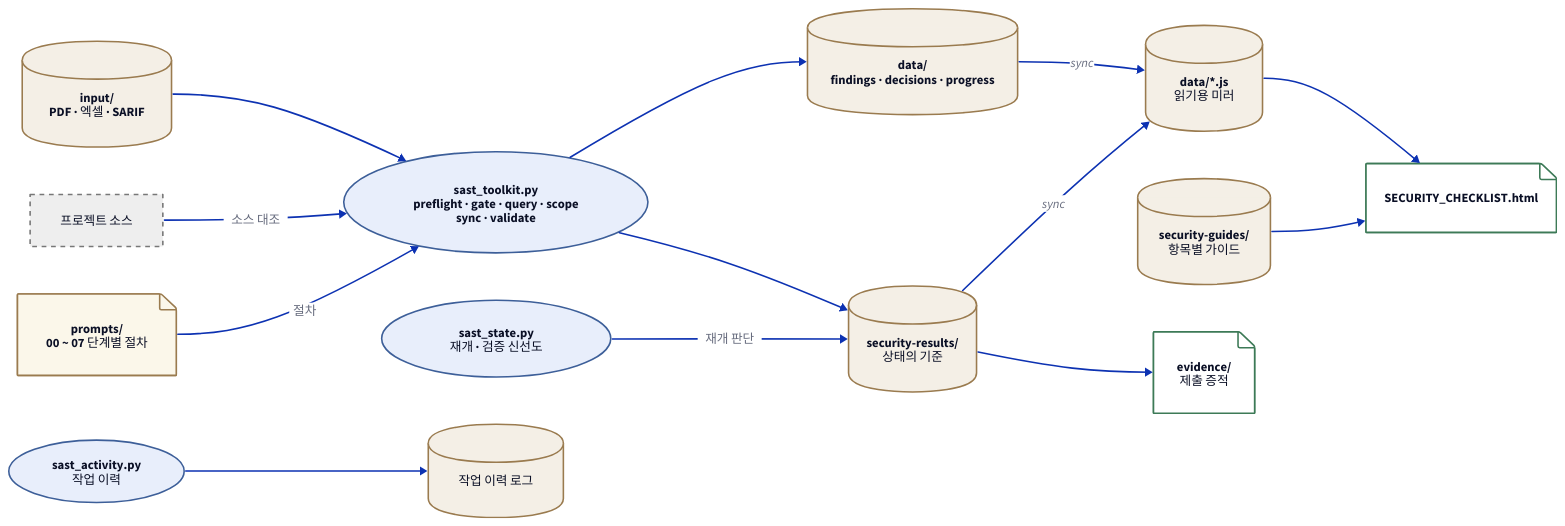
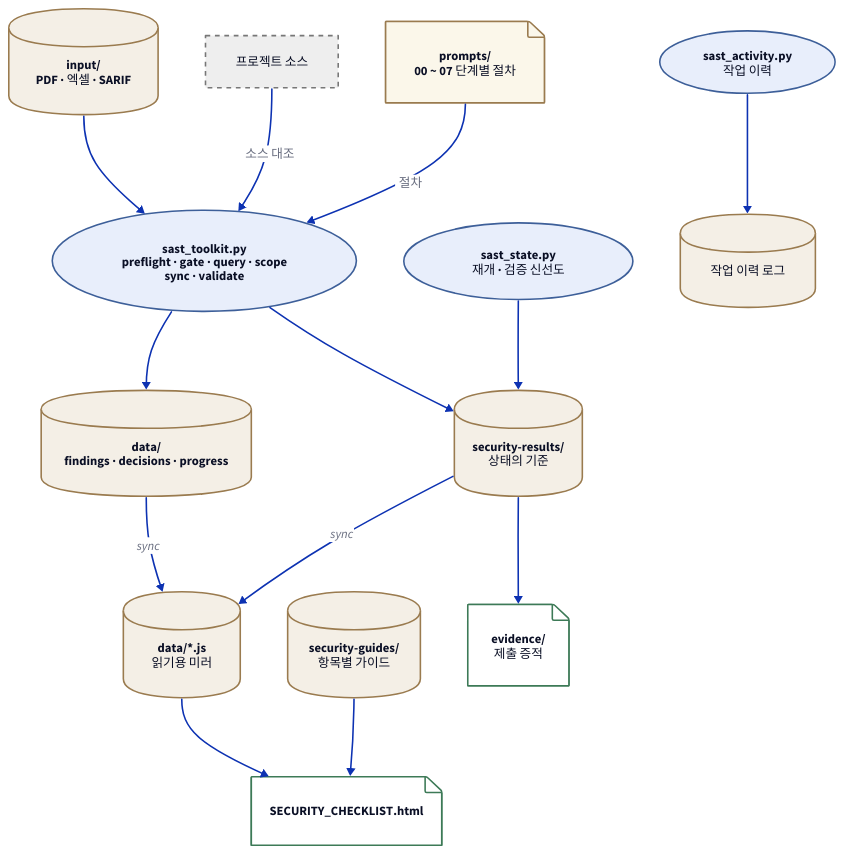
Before and after one commit to seo0tak/agent-skills: the diagram in plugins/sast-remediation/skills/sast-remediation/toolkit/docs/diagrams/architecture.d2, drawn with D2. The commit also changed 13 other files, not shown here.

First line of the commit message:
docs: 다이어그램 시인성·흐름도 점검 반영

```diff
--- a/plugins/sast-remediation/skills/sast-remediation/toolkit/docs/diagrams/architecture.d2
+++ b/plugins/sast-remediation/skills/sast-remediation/toolkit/docs/diagrams/architecture.d2
@@ -1,34 +1,36 @@
 # sast-remediation 구조도. 고친 뒤 저장소 루트에서 python3 scripts/render_diagrams.py
-direction: right
+direction: down
+# 위→아래 dagre가 본문 폭(약 1000px)에서 가장 잘 읽힌다
+vars: {d2-config: {layout-engine: dagre}}
 classes: {
   store: {shape: cylinder; style: {fill: "#f4efe6"; stroke: "#9a7b4f"}}
   proc: {shape: oval; style: {fill: "#e8eefb"; stroke: "#3d5f99"}}
   ext: {style: {fill: "#eeeeee"; stroke: "#777777"; stroke-dash: 3}}
   doc: {shape: page; style: {fill: "#fbf7ea"; stroke: "#9a7b4f"}}
   out: {shape: page; style: {fill: "#ffffff"; stroke: "#3d7a57"}}
 }
 input: "input/\nPDF · 엑셀 · SARIF" {class: store}
 src: "프로젝트 소스" {class: ext}
 prompts: "prompts/\n00 ~ 07 단계별 절차" {class: doc}
 toolkit: "sast_toolkit.py\npreflight · gate · query · scope\nsync · validate" {class: proc}
 state: "sast_state.py\n재개 · 검증 신선도" {class: proc}
 activity: "sast_activity.py\n작업 이력" {class: proc}
 data: "data/\nfindings · decisions · progress" {class: store}
 guides: "security-guides/\n항목별 가이드" {class: store}
 results: "security-results/\n상태의 기준" {class: store}
 log: "작업 이력 로그" {class: store}
 mirror: "data/*.js\n읽기용 미러" {class: store}
 dash: "SECURITY_CHECKLIST.html" {class: out}
 ev: "evidence/\n제출 증적" {class: out}
 input -> toolkit
 src -> toolkit: "소스 대조"
 prompts -> toolkit: "절차"
 toolkit -> data
 toolkit -> results
-state -> results: "재개 판단"
+state -> results
 activity -> log
 data -> mirror: "sync"
 results -> mirror: "sync"
 mirror -> dash
 guides -> dash
 results -> ev
```
